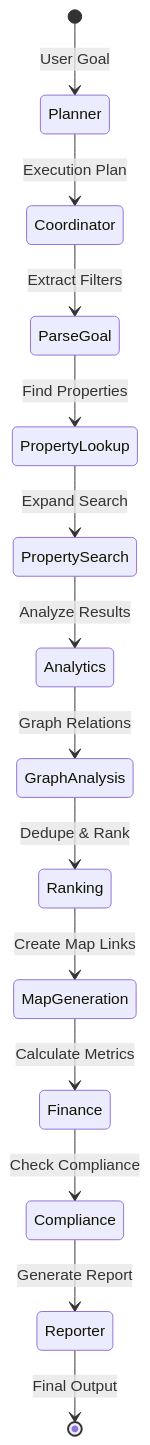
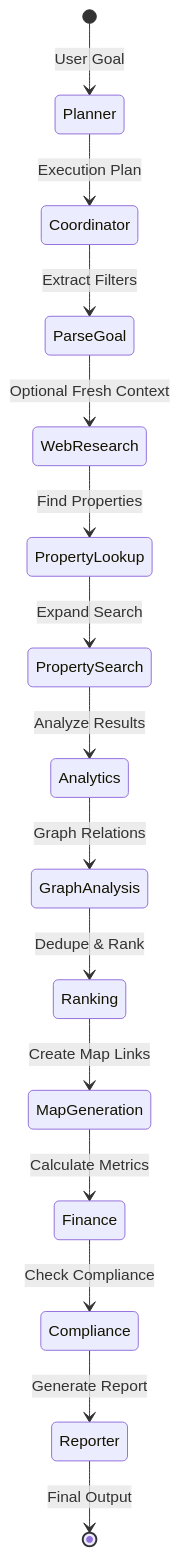
Diagram 13 of 31 in ARCHITECTURE.md (hoangsonww/EstateWise-Chapel-Hill-Chatbot), drawn with Mermaid before and after one commit. The commit also changed other lines of this file and 17 other files, not shown here.

Commit message:
feat(web): add web search and fetch tools for internet research capabilities

````diff
--- a/ARCHITECTURE.md
+++ b/ARCHITECTURE.md
@@ -543,16 +548,17 @@
 ```mermaid
 stateDiagram-v2
   [*] --> Planner: User Goal
   Planner --> Coordinator: Execution Plan
   Coordinator --> ParseGoal: Extract Filters
-  ParseGoal --> PropertyLookup: Find Properties
+  ParseGoal --> WebResearch: Optional Fresh Context
+  WebResearch --> PropertyLookup: Find Properties
   PropertyLookup --> PropertySearch: Expand Search
   PropertySearch --> Analytics: Analyze Results
   Analytics --> GraphAnalysis: Graph Relations
   GraphAnalysis --> Ranking: Dedupe & Rank
   Ranking --> MapGeneration: Create Map Links
   MapGeneration --> Finance: Calculate Metrics
   Finance --> Compliance: Check Compliance
   Compliance --> Reporter: Generate Report
   Reporter --> [*]: Final Output
 ```
````
